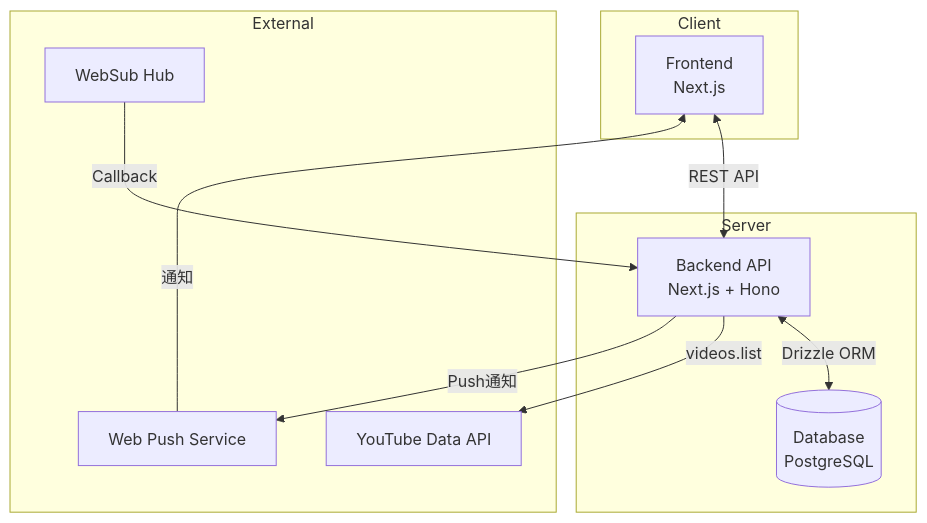
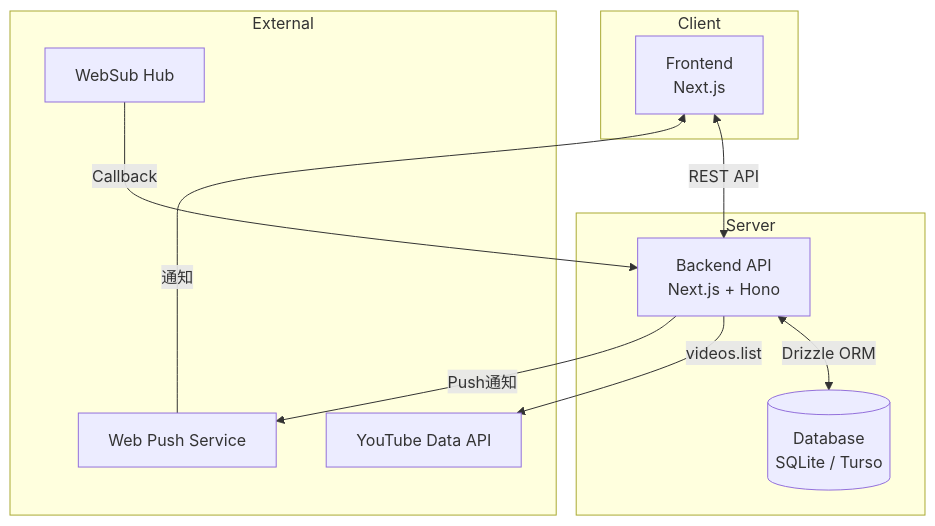
The first of 4 diagrams in .claude_workflow/design.md (genj11/mvp-youtube-notice), drawn with Mermaid before and after one commit. The commit also changed other lines of this file, not shown here.

Commit message:
docs: DB を SQLite に変更

````diff
--- a/.claude_workflow/design.md
+++ b/.claude_workflow/design.md
@@ -7,24 +7,24 @@
 ```mermaid
 graph TB
     subgraph Client
         FE[Frontend<br/>Next.js]
     end
 
     subgraph Server
         API[Backend API<br/>Next.js + Hono]
-        DB[(Database<br/>PostgreSQL)]
+        DB[(Database<br/>SQLite / Turso)]
     end
 
     subgraph External
         WS[WebSub Hub]
         YT[YouTube Data API]
         WP[Web Push Service]
     end
 
     FE <-->|REST API| API
     API <-->|Drizzle ORM| DB
     WS -->|Callback| API
     API -->|videos.list| YT
     API -->|Push通知| WP
     WP -->|通知| FE
 ```
````
